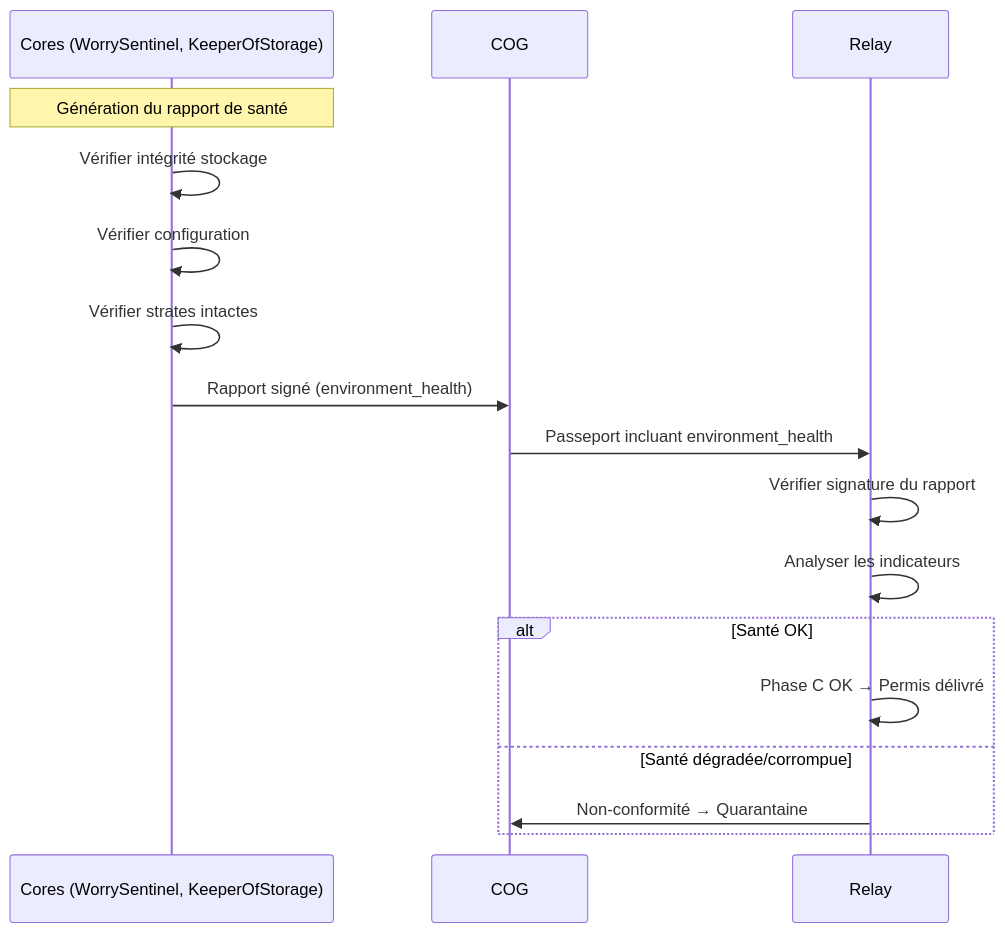
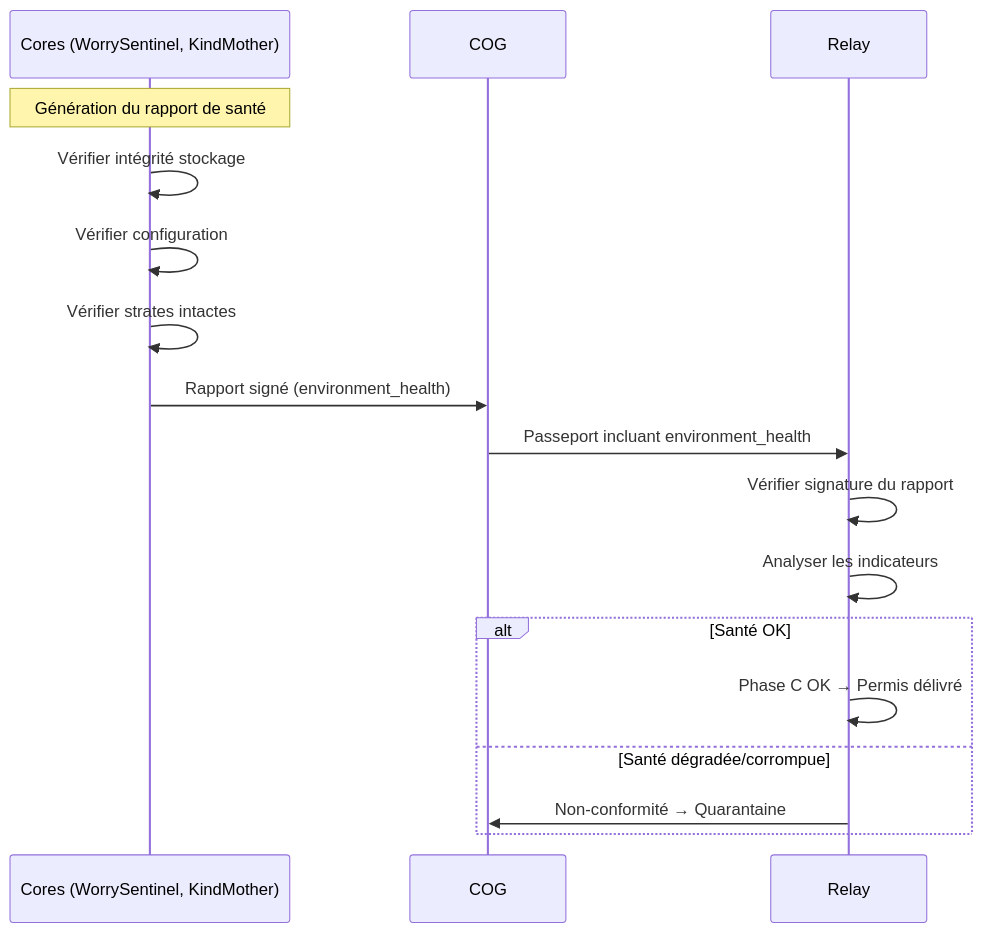
One commit to StudioMiyukini/miyukini_cog changed the fourth of 5 diagrams in docs/miyukini-webway-system/verification/MWS - Flux de Verification.md. Above: the diagram before and after it, drawn with Mermaid. The commit also changed other lines of this file and 109 other files, not shown here.

````diff
--- a/docs/miyukini-webway-system/verification/MWS - Flux de Verification.md
+++ b/docs/miyukini-webway-system/verification/MWS - Flux de Verification.md
@@ -182,20 +182,20 @@
 ```mermaid
 sequenceDiagram
-    participant Cores as Cores (WorrySentinel, KeeperOfStorage)
+    participant Cores as Cores (WorrySentinel, KindMother)
     participant COG as COG
     participant R as Relay
 
     Note over Cores: Génération du rapport de santé
     Cores->>Cores: Vérifier intégrité stockage
     Cores->>Cores: Vérifier configuration
     Cores->>Cores: Vérifier strates intactes
     Cores->>COG: Rapport signé (environment_health)
     COG->>R: Passeport incluant environment_health
     R->>R: Vérifier signature du rapport
     R->>R: Analyser les indicateurs
     alt Santé OK
         R->>R: Phase C OK → Permis délivré
     else Santé dégradée/corrompue
         R->>COG: Non-conformité → Quarantaine
     end
 ```
````
